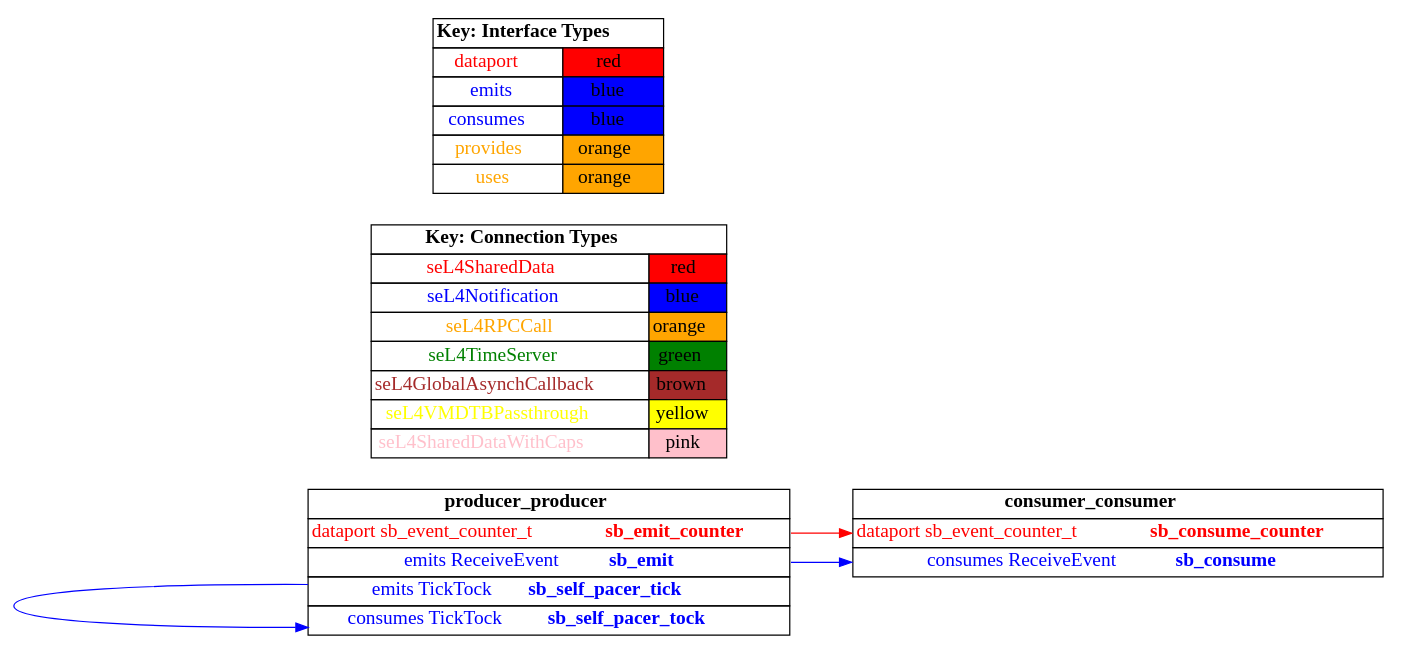
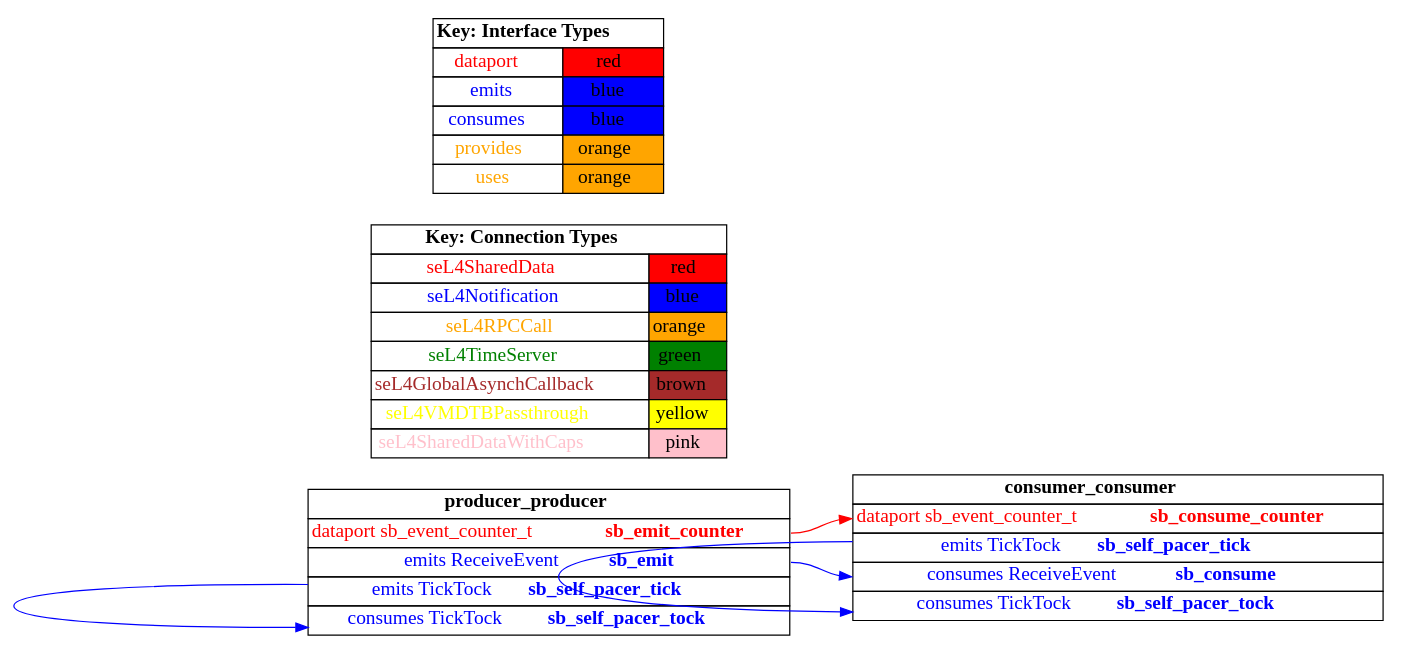
One commit to loonwerks/CASE changed the diagram in TA5/tool-assessment-4/basic/test_event_port_periodic_domains/hamr/camkes/graph.dot. Above: the diagram before and after it, drawn with Graphviz. The commit also changed 17 other files, not shown here.

Commit message:
update event port example

```diff
--- a/TA5/tool-assessment-4/basic/test_event_port_periodic_domains/hamr/camkes/graph.dot
+++ b/TA5/tool-assessment-4/basic/test_event_port_periodic_domains/hamr/camkes/graph.dot
@@ -1,88 +1,97 @@
 digraph g {
 graph [
   overlap = false,
   rankdir = "LR"
 ];
 node [
   fontsize = "16",
   shape = "ellipse"
 ];
 edge [
 ];
 
 producer_producer [
   label=<
     <TABLE BORDER="0" CELLBORDER="1" CELLSPACING="0">
       <TR><TD><B>producer_producer</B></TD></TR>
       <TR><TD PORT="sb_emit_counter"><FONT COLOR="red">dataport sb_event_counter_t <B>sb_emit_counter</B></FONT></TD></TR>
       <TR><TD PORT="sb_emit"><FONT COLOR="blue">emits ReceiveEvent <B>sb_emit</B></FONT></TD></TR>
       <TR><TD PORT="sb_self_pacer_tick"><FONT COLOR="blue">emits TickTock <B>sb_self_pacer_tick</B></FONT></TD></TR>
       <TR><TD PORT="sb_self_pacer_tock"><FONT COLOR="blue">consumes TickTock <B>sb_self_pacer_tock</B></FONT></TD></TR>"
     </TABLE>
   >
   shape=plaintext
 ];
 
 consumer_consumer [
   label=<
     <TABLE BORDER="0" CELLBORDER="1" CELLSPACING="0">
       <TR><TD><B>consumer_consumer</B></TD></TR>
       <TR><TD PORT="sb_consume_counter"><FONT COLOR="red">dataport sb_event_counter_t <B>sb_consume_counter</B></FONT></TD></TR>
-      <TR><TD PORT="sb_consume"><FONT COLOR="blue">consumes ReceiveEvent <B>sb_consume</B></FONT></TD></TR>"
+      <TR><TD PORT="sb_self_pacer_tick"><FONT COLOR="blue">emits TickTock <B>sb_self_pacer_tick</B></FONT></TD></TR>
+      <TR><TD PORT="sb_consume"><FONT COLOR="blue">consumes ReceiveEvent <B>sb_consume</B></FONT></TD></TR>
+      <TR><TD PORT="sb_self_pacer_tock"><FONT COLOR="blue">consumes TickTock <B>sb_self_pacer_tock</B></FONT></TD></TR>"
     </TABLE>
   >
   shape=plaintext
 ];
 
 connectiontypekey [
   label=<
    <TABLE BORDER="0" CELLBORDER="1" CELLSPACING="0">
      <TR><TD COLSPAN="2"><B>Key: Connection Types</B></TD></TR>
      <TR><TD><FONT COLOR="red">seL4SharedData</FONT></TD><TD BGCOLOR="red">red</TD></TR>
      <TR><TD><FONT COLOR="blue">seL4Notification</FONT></TD><TD BGCOLOR="blue">blue</TD></TR>
      <TR><TD><FONT COLOR="orange">seL4RPCCall</FONT></TD><TD BGCOLOR="orange">orange</TD></TR>
      <TR><TD><FONT COLOR="green">seL4TimeServer</FONT></TD><TD BGCOLOR="green">green</TD></TR>
      <TR><TD><FONT COLOR="brown">seL4GlobalAsynchCallback</FONT></TD><TD BGCOLOR="brown">brown</TD></TR>
      <TR><TD><FONT COLOR="yellow">seL4VMDTBPassthrough</FONT></TD><TD BGCOLOR="yellow">yellow</TD></TR>
      <TR><TD><FONT COLOR="pink">seL4SharedDataWithCaps</FONT></TD><TD BGCOLOR="pink">pink</TD></TR>
    </TABLE>
   >
   shape=plaintext
 ];
 
 interfacetypekey [
   label=<
    <TABLE BORDER="0" CELLBORDER="1" CELLSPACING="0">
      <TR><TD COLSPAN="2"><B>Key: Interface Types</B></TD></TR>
      <TR><TD><FONT COLOR="red">dataport</FONT></TD><TD BGCOLOR="red">red</TD></TR>
      <TR><TD><FONT COLOR="blue">emits</FONT></TD><TD BGCOLOR="blue">blue</TD></TR>
      <TR><TD><FONT COLOR="blue">consumes</FONT></TD><TD BGCOLOR="blue">blue</TD></TR>
      <TR><TD><FONT COLOR="orange">provides</FONT></TD><TD BGCOLOR="orange">orange</TD></TR>
      <TR><TD><FONT COLOR="orange">uses</FONT></TD><TD BGCOLOR="orange">orange</TD></TR>
    </TABLE>
   >
   shape=plaintext
 ];
 
 "producer_producer":sb_emit -> "consumer_consumer":sb_consume [
   color="blue"
   //label = "seL4Notification"
   id = conn1
 
 ];
 
 "producer_producer":sb_emit_counter -> "consumer_consumer":sb_consume_counter [
   color="red"
   //label = "seL4SharedData"
   id = conn2
 
 ];
 
 "producer_producer":sb_self_pacer_tick -> "producer_producer":sb_self_pacer_tock [
   color="blue"
   //label = "seL4Notification"
   id = conn3
 
 ];
 
+"consumer_consumer":sb_self_pacer_tick -> "consumer_consumer":sb_self_pacer_tock [
+  color="blue"
+  //label = "seL4Notification"
+  id = conn4
+
+];
+
 }
```
